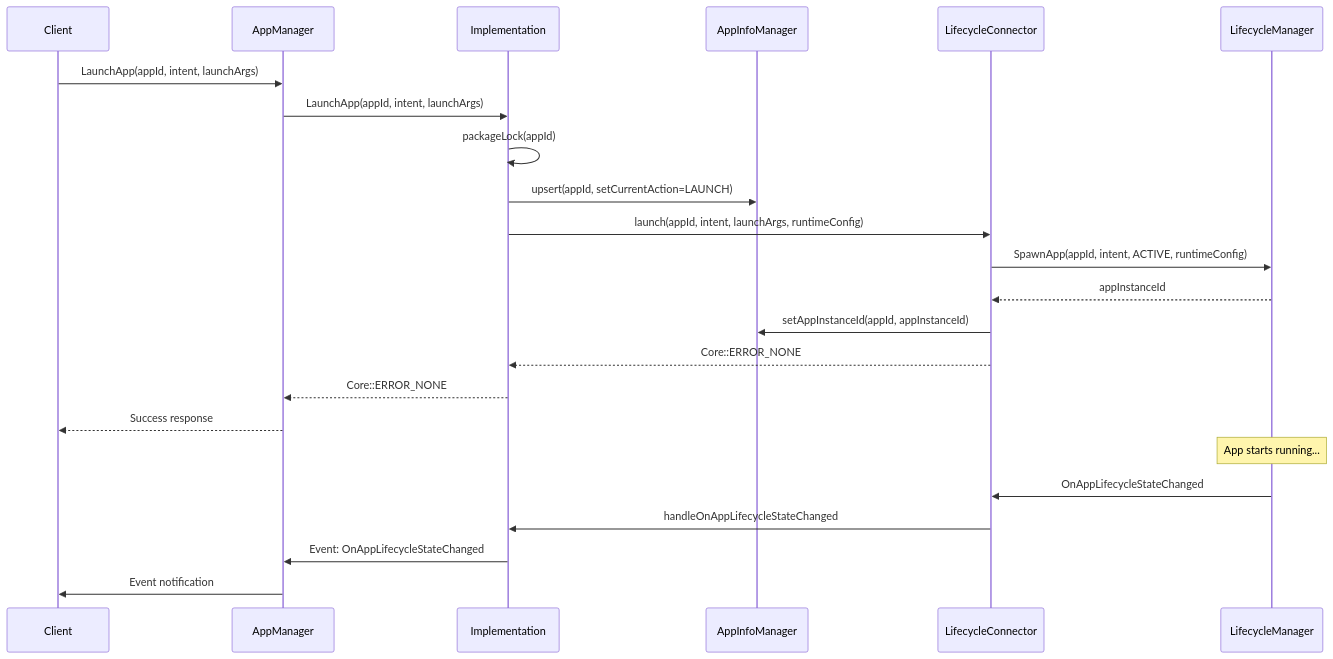
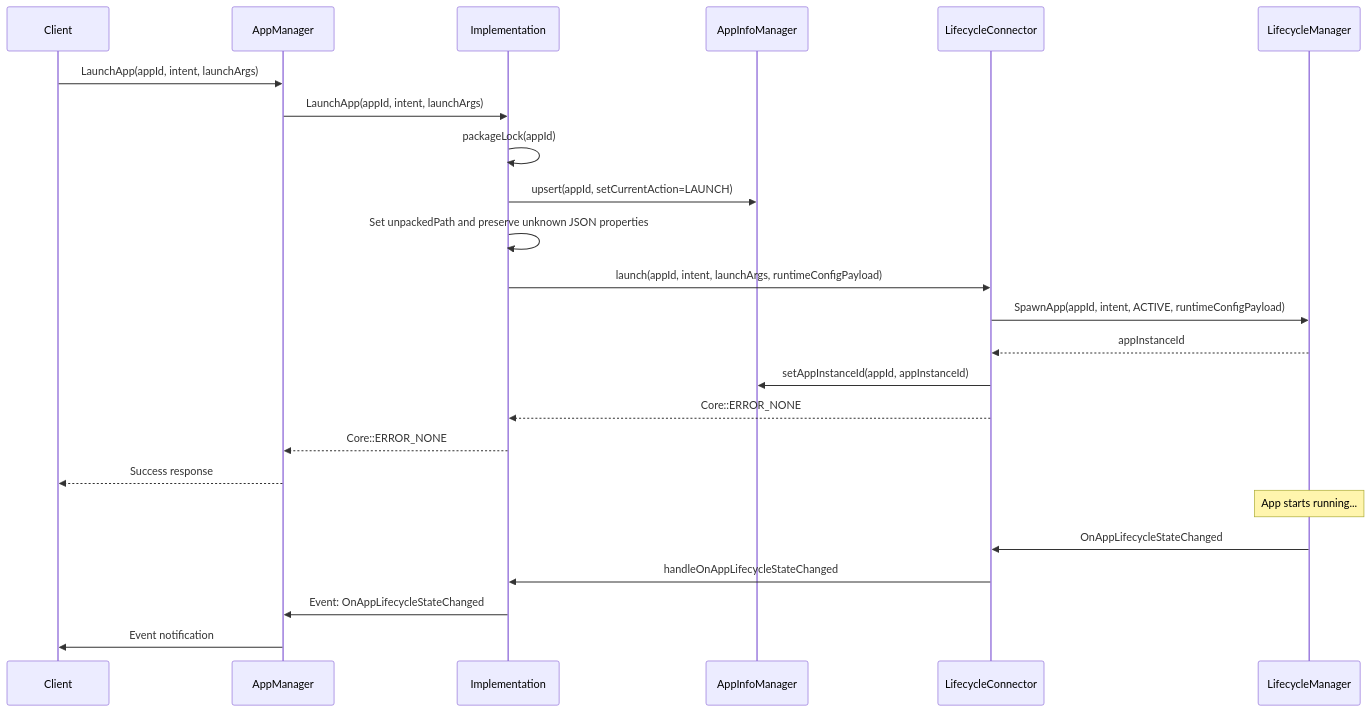
One commit to rdkcentral/entservices-appmanagers changed the fourth of 8 diagrams in AppManager/AppManager.md. Above: the diagram before and after it, drawn with Mermaid. The commit also changed other lines of this file and 88 other files, not shown here.

````diff
--- a/AppManager/AppManager.md
+++ b/AppManager/AppManager.md
@@ -394,28 +396,29 @@
 ```mermaid
 sequenceDiagram
     participant Client
     participant Shell as AppManager
     participant Impl as Implementation
     participant AIM as AppInfoManager
     participant LIC as LifecycleConnector
     participant LCM as LifecycleManager
 
     Client->>Shell: LaunchApp(appId, intent, launchArgs)
     Shell->>Impl: LaunchApp(appId, intent, launchArgs)
     Impl->>Impl: packageLock(appId)
     Impl->>AIM: upsert(appId, setCurrentAction=LAUNCH)
-    Impl->>LIC: launch(appId, intent, launchArgs, runtimeConfig)
-    LIC->>LCM: SpawnApp(appId, intent, ACTIVE, runtimeConfig)
+    Impl->>Impl: Set unpackedPath and preserve unknown JSON properties
+    Impl->>LIC: launch(appId, intent, launchArgs, runtimeConfigPayload)
+    LIC->>LCM: SpawnApp(appId, intent, ACTIVE, runtimeConfigPayload)
     LCM-->>LIC: appInstanceId
     LIC->>AIM: setAppInstanceId(appId, appInstanceId)
     LIC-->>Impl: Core::ERROR_NONE
     Impl-->>Shell: Core::ERROR_NONE
     Shell-->>Client: Success response
     
     Note over LCM: App starts running...
     
     LCM->>LIC: OnAppLifecycleStateChanged
     LIC->>Impl: handleOnAppLifecycleStateChanged
     Impl->>Shell: Event: OnAppLifecycleStateChanged
     Shell->>Client: Event notification
 ```
````
